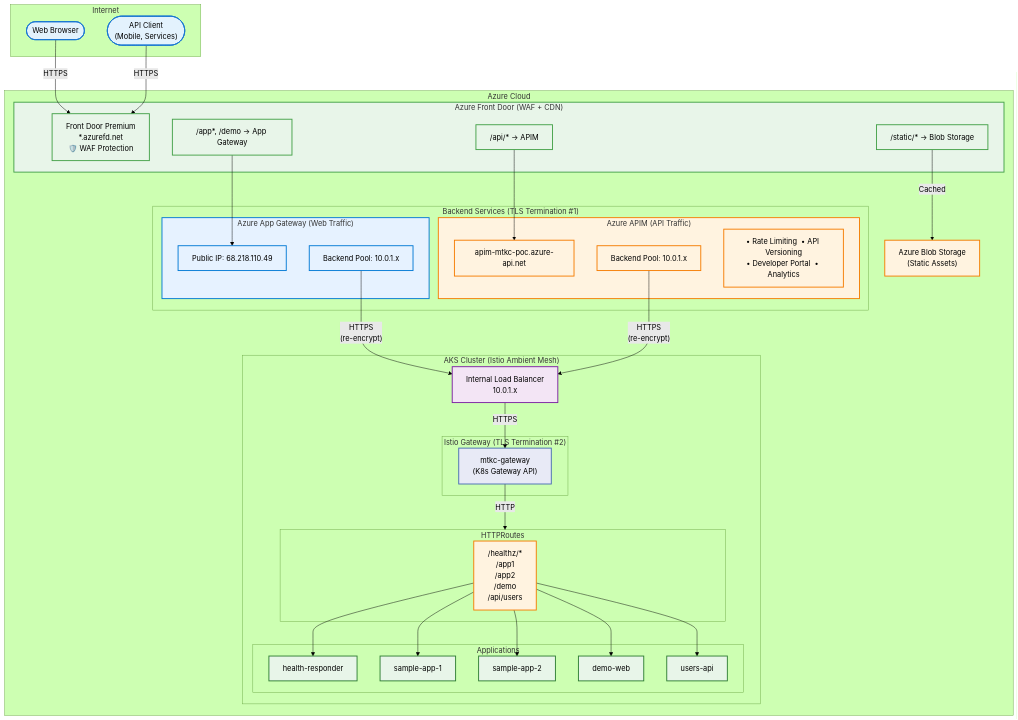
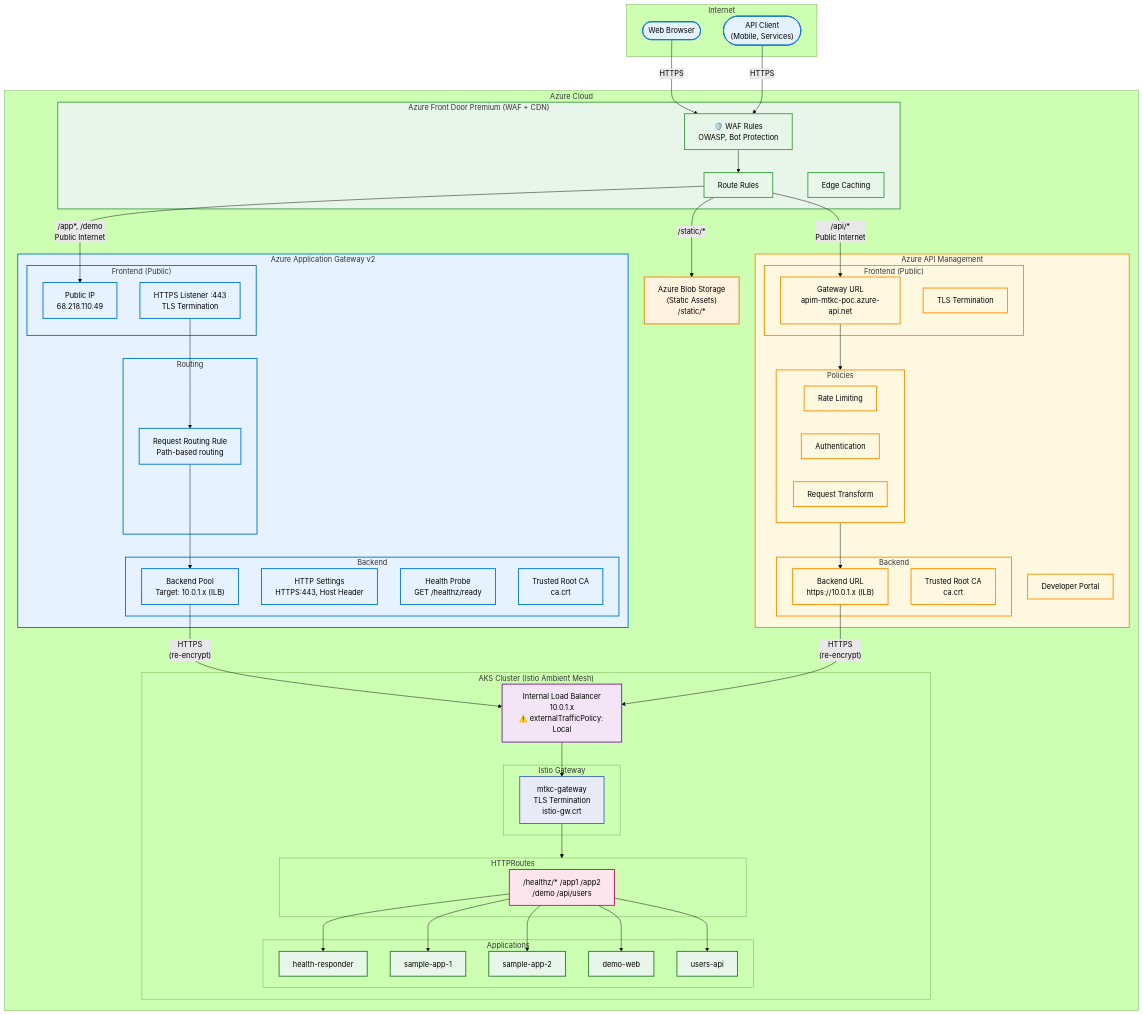
The first of 10 diagrams in README.md (shanaka-versent/AKS-Istio-GatewayAPI-Demo), drawn with Mermaid (forest theme) before and after one commit. The commit also changed other lines of this file, not shown here.

Commit message:
Update High-Level Overview with detailed App Gateway and APIM components
Clarified that this branch uses public endpoints (not Private Link):
- Front Door connects via public internet to App Gateway and APIM
- Added note pointing to reference-architecture for Private Link

App Gateway internal components shown:
- Frontend: Public IP, HTTPS Listener, TLS Termination
- Routing: Request Routing Rule
- Backend: Backend Pool, HTTP Settings, Health Probe, Trusted CA

APIM internal components shown:
- Frontend: Gateway URL, TLS Termination
- Policies: Rate Limiting, Authentication, Request Transform
- Backend: Backend URL, Trusted CA
- Developer Portal

Updated Traffic Flow Summary and Component Details tables

```diff
--- a/README.md
+++ b/README.md
@@ -89,36 +91,56 @@
     end
 
     subgraph Azure["Azure Cloud"]
-        subgraph FrontDoor["Azure Front Door (WAF + CDN)"]
-            FD["Front Door Premium<br/>*.azurefd.net<br/>🛡️ WAF Protection"]
-            FD_Static["/static/* → Blob Storage"]
-            FD_Web["/app*, /demo → App Gateway"]
-            FD_API["/api/* → APIM"]
+        subgraph FrontDoor["Azure Front Door Premium (WAF + CDN)"]
+            FD_WAF["🛡️ WAF Rules<br/>OWASP, Bot Protection"]
+            FD_Routes["Route Rules"]
+            FD_Cache["Edge Caching"]
         end
 
-        Blob["Azure Blob Storage<br/>(Static Assets)"]
+        Blob["Azure Blob Storage<br/>(Static Assets)<br/>/static/*"]
 
-        subgraph Backends["Backend Services (TLS Termination #1)"]
-            subgraph AppGWBox["Azure App Gateway (Web Traffic)"]
-                AppGW_IP["Public IP: 68.218.110.49"]
-                AppGW_Backend["Backend Pool: 10.0.1.x"]
+        subgraph AppGW["Azure Application Gateway v2"]
+            subgraph AppGW_Frontend["Frontend (Public)"]
+                AppGW_PIP["Public IP<br/>68.218.110.49"]
+                AppGW_Listener["HTTPS Listener :443<br/>TLS Termination"]
             end
-            subgraph APIMBox["Azure APIM (API Traffic)"]
-                APIM_URL["apim-mtkc-poc.azure-api.net"]
-                APIM_Backend["Backend Pool: 10.0.1.x"]
-                APIM_Features["• Rate Limiting  • API Versioning<br/>• Developer Portal  • Analytics"]
+            subgraph AppGW_Rules["Routing"]
+                AppGW_Rule["Request Routing Rule<br/>Path-based routing"]
+            end
+            subgraph AppGW_Backend["Backend"]
+                AppGW_Pool["Backend Pool<br/>Target: 10.0.1.x (ILB)"]
+                AppGW_Settings["HTTP Settings<br/>HTTPS:443, Host Header"]
+                AppGW_Probe["Health Probe<br/>GET /healthz/ready"]
+                AppGW_Cert["Trusted Root CA<br/>ca.crt"]
             end
         end
 
+        subgraph APIM["Azure API Management"]
+            subgraph APIM_Frontend["Frontend (Public)"]
+                APIM_GW["Gateway URL<br/>apim-mtkc-poc.azure-api.net"]
+                APIM_TLS["TLS Termination"]
+            end
+            subgraph APIM_Policies["Policies"]
+                APIM_Rate["Rate Limiting"]
+                APIM_Auth["Authentication"]
+                APIM_Transform["Request Transform"]
+            end
+            subgraph APIM_Backend["Backend"]
+                APIM_Pool["Backend URL<br/>https://10.0.1.x (ILB)"]
+                APIM_Cert["Trusted Root CA<br/>ca.crt"]
+            end
+            APIM_Portal["Developer Portal"]
+        end
+
         subgraph AKS["AKS Cluster (Istio Ambient Mesh)"]
-            ILB["Internal Load Balancer<br/>10.0.1.x"]
+            ILB["Internal Load Balancer<br/>10.0.1.x<br/>⚠️ externalTrafficPolicy: Local"]
 
-            subgraph Gateway["Istio Gateway (TLS Termination #2)"]
-                GW["mtkc-gateway<br/>(K8s Gateway API)"]
+            subgraph Gateway["Istio Gateway"]
+                GW["mtkc-gateway<br/>TLS Termination<br/>istio-gw.crt"]
             end
 
             subgraph Routes["HTTPRoutes"]
-                AllRoutes["/healthz/*<br/>/app1<br/>/app2<br/>/demo<br/>/api/users"]
+                AllRoutes["/healthz/* /app1 /app2<br/>/demo /api/users"]
             end
 
             subgraph Apps["Applications"]
@@ -131,17 +153,23 @@
         end
     end
 
-    WebClient -->|"HTTPS"| FD
-    APIClient -->|"HTTPS"| FD
-    FD_Static -->|"Cached"| Blob
-    FD_Web --> AppGW_IP
-    FD_API --> APIM_URL
+    WebClient -->|"HTTPS"| FD_WAF
+    APIClient -->|"HTTPS"| FD_WAF
+    FD_WAF --> FD_Routes
+    FD_Routes -->|"/static/*"| Blob
+    FD_Routes -->|"/app*, /demo<br/>Public Internet"| AppGW_PIP
+    FD_Routes -->|"/api/*<br/>Public Internet"| APIM_GW
 
-    AppGW_Backend -->|"HTTPS<br/>(re-encrypt)"| ILB
-    APIM_Backend -->|"HTTPS<br/>(re-encrypt)"| ILB
+    AppGW_Listener --> AppGW_Rule
+    AppGW_Rule --> AppGW_Pool
+    AppGW_Pool -->|"HTTPS<br/>(re-encrypt)"| ILB
 
-    ILB -->|"HTTPS"| GW
-    GW -->|"HTTP"| Routes
+    APIM_GW --> APIM_Policies
+    APIM_Policies --> APIM_Pool
+    APIM_Pool -->|"HTTPS<br/>(re-encrypt)"| ILB
+
+    ILB --> GW
+    GW --> Routes
     AllRoutes --> HealthApp
     AllRoutes --> WebApp1
     AllRoutes --> WebApp2
@@ -152,17 +180,17 @@
     classDef frontdoor fill:#e8f5e9,stroke:#43a047,stroke-width:2px
     classDef storage fill:#fff3e0,stroke:#f57c00,stroke-width:2px
     classDef appgw fill:#e6f2ff,stroke:#0078d4,stroke-width:2px
-    classDef apim fill:#fff3e0,stroke:#f57c00,stroke-width:2px
+    classDef apim fill:#fff8e1,stroke:#ff8f00,stroke-width:2px
     classDef ilb fill:#f3e5f5,stroke:#7b1fa2,stroke-width:2px
     classDef gateway fill:#e8eaf6,stroke:#466bb0,stroke-width:2px
-    classDef routes fill:#fff3e0,stroke:#f57c00,stroke-width:2px
+    classDef routes fill:#fce4ec,stroke:#c2185b,stroke-width:2px
     classDef apps fill:#e8f5e9,stroke:#2e7d32,stroke-width:2px
 
     class WebClient,APIClient internet
-    class FrontDoor,FD,FD_Static,FD_Web,FD_API frontdoor
+    class FrontDoor,FD_WAF,FD_Routes,FD_Cache frontdoor
     class Blob storage
-    class AppGWBox,AppGW_IP,AppGW_Backend appgw
-    class APIMBox,APIM_URL,APIM_Backend,APIM_Features apim
+    class AppGW,AppGW_Frontend,AppGW_PIP,AppGW_Listener,AppGW_Rules,AppGW_Rule,AppGW_Backend,AppGW_Pool,AppGW_Settings,AppGW_Probe,AppGW_Cert appgw
+    class APIM,APIM_Frontend,APIM_GW,APIM_TLS,APIM_Policies,APIM_Rate,APIM_Auth,APIM_Transform,APIM_Backend,APIM_Pool,APIM_Cert,APIM_Portal apim
     class ILB ilb
     class GW gateway
     class AllRoutes routes
```
